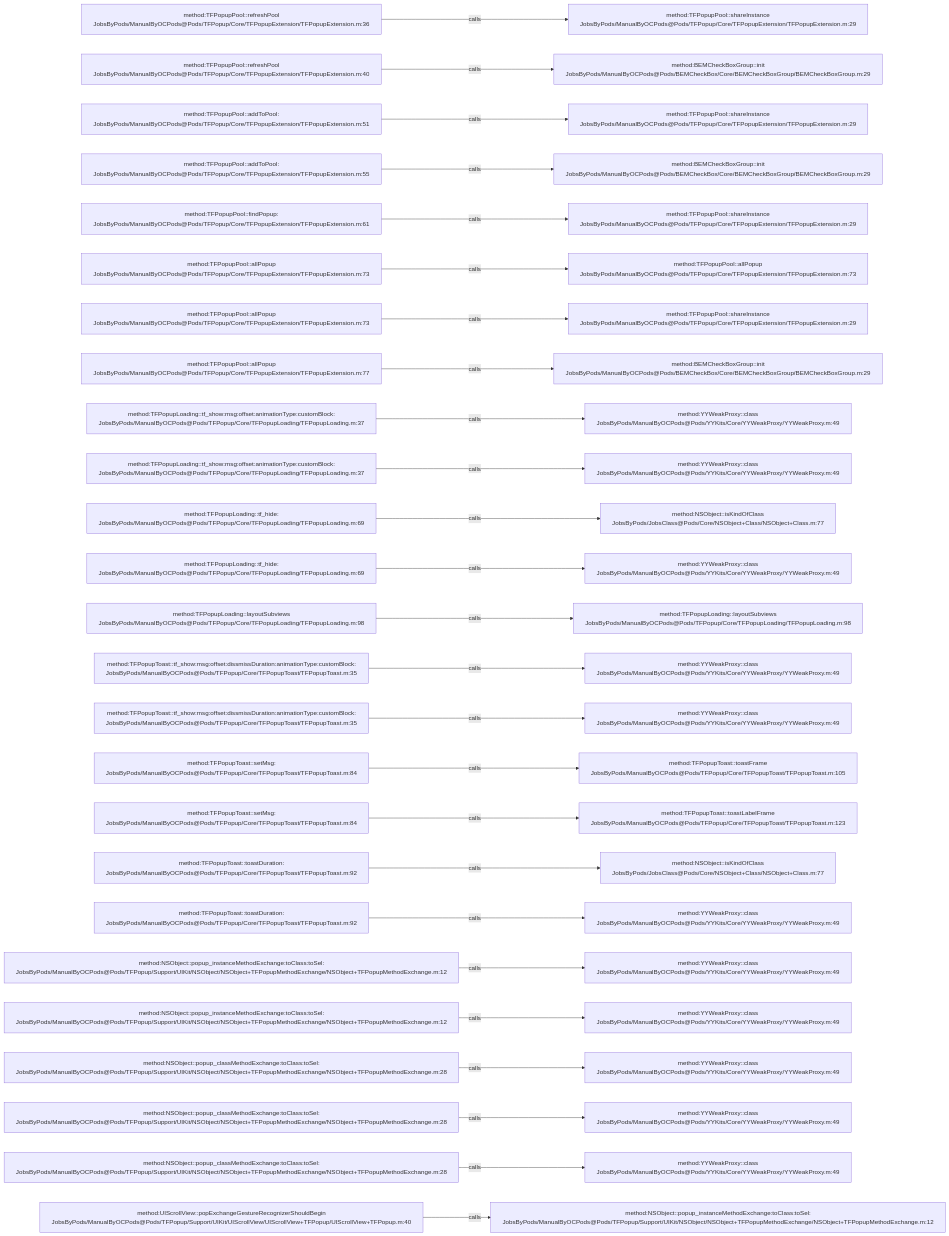
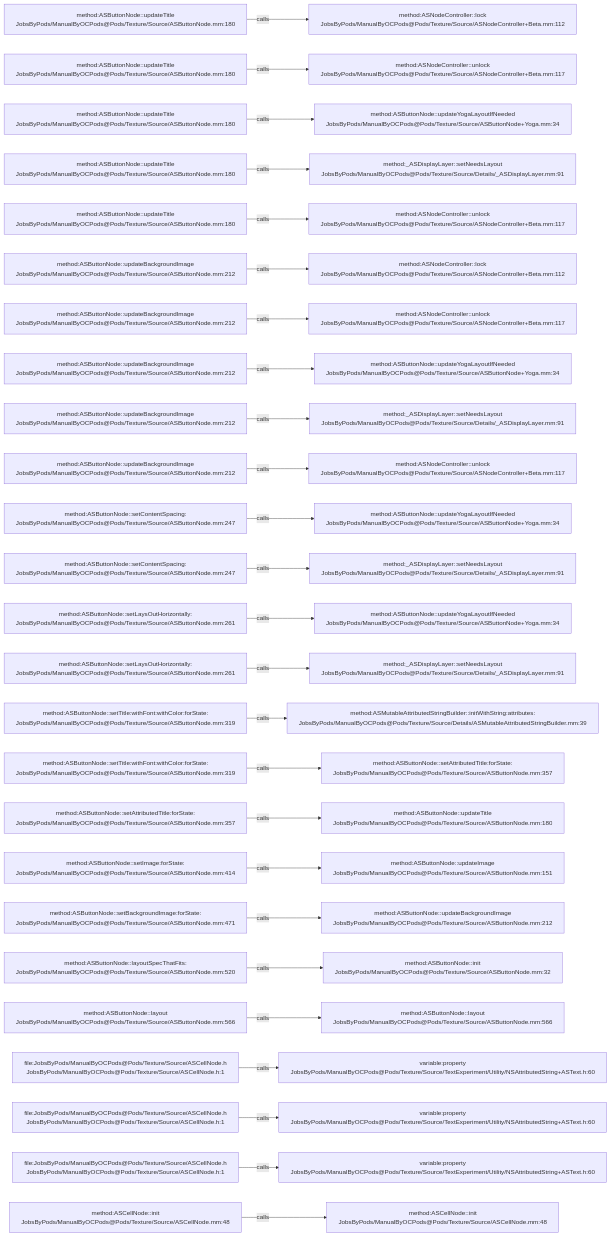
The diagram in .codegraph/codegraph.md/graphs/calls-070.md (JobsKits/JobsOCBaseConfigDemo), drawn with Mermaid before and after one commit. The commit also changed 1353 other files, not shown here.

````diff
--- a/.codegraph/codegraph.md/graphs/calls-070.md
+++ b/.codegraph/codegraph.md/graphs/calls-070.md
@@ -13,78 +13,78 @@
 ```mermaid
 flowchart LR
-  S1["method:TFPopupPool::refreshPool<br/>JobsByPods/ManualByOCPods@Pods/TFPopup/Core/TFPopupExtension/TFPopupExtension.m:36"]
-  T1["method:TFPopupPool::shareInstance<br/>JobsByPods/ManualByOCPods@Pods/TFPopup/Core/TFPopupExtension/TFPopupExtension.m:29"]
+  S1["method:ASButtonNode::updateTitle<br/>JobsByPods/ManualByOCPods@Pods/Texture/Source/ASButtonNode.mm:180"]
+  T1["method:ASNodeController::lock<br/>JobsByPods/ManualByOCPods@Pods/Texture/Source/ASNodeController+Beta.mm:112"]
   S1 -->|calls| T1
-  S2["method:TFPopupPool::refreshPool<br/>JobsByPods/ManualByOCPods@Pods/TFPopup/Core/TFPopupExtension/TFPopupExtension.m:40"]
-  T2["method:BEMCheckBoxGroup::init<br/>JobsByPods/ManualByOCPods@Pods/BEMCheckBox/Core/BEMCheckBoxGroup/BEMCheckBoxGroup.m:29"]
+  S2["method:ASButtonNode::updateTitle<br/>JobsByPods/ManualByOCPods@Pods/Texture/Source/ASButtonNode.mm:180"]
+  T2["method:ASNodeController::unlock<br/>JobsByPods/ManualByOCPods@Pods/Texture/Source/ASNodeController+Beta.mm:117"]
   S2 -->|calls| T2
-  S3["method:TFPopupPool::addToPool:<br/>JobsByPods/ManualByOCPods@Pods/TFPopup/Core/TFPopupExtension/TFPopupExtension.m:51"]
-  T3["method:TFPopupPool::shareInstance<br/>JobsByPods/ManualByOCPods@Pods/TFPopup/Core/TFPopupExtension/TFPopupExtension.m:29"]
+  S3["method:ASButtonNode::updateTitle<br/>JobsByPods/ManualByOCPods@Pods/Texture/Source/ASButtonNode.mm:180"]
+  T3["method:ASButtonNode::updateYogaLayoutIfNeeded<br/>JobsByPods/ManualByOCPods@Pods/Texture/Source/ASButtonNode+Yoga.mm:34"]
   S3 -->|calls| T3
-  S4["method:TFPopupPool::addToPool:<br/>JobsByPods/ManualByOCPods@Pods/TFPopup/Core/TFPopupExtension/TFPopupExtension.m:55"]
-  T4["method:BEMCheckBoxGroup::init<br/>JobsByPods/ManualByOCPods@Pods/BEMCheckBox/Core/BEMCheckBoxGroup/BEMCheckBoxGroup.m:29"]
+  S4["method:ASButtonNode::updateTitle<br/>JobsByPods/ManualByOCPods@Pods/Texture/Source/ASButtonNode.mm:180"]
+  T4["method:_ASDisplayLayer::setNeedsLayout<br/>JobsByPods/ManualByOCPods@Pods/Texture/Source/Details/_ASDisplayLayer.mm:91"]
   S4 -->|calls| T4
-  S5["method:TFPopupPool::findPopup:<br/>JobsByPods/ManualByOCPods@Pods/TFPopup/Core/TFPopupExtension/TFPopupExtension.m:61"]
-  T5["method:TFPopupPool::shareInstance<br/>JobsByPods/ManualByOCPods@Pods/TFPopup/Core/TFPopupExtension/TFPopupExtension.m:29"]
+  S5["method:ASButtonNode::updateTitle<br/>JobsByPods/ManualByOCPods@Pods/Texture/Source/ASButtonNode.mm:180"]
+  T5["method:ASNodeController::unlock<br/>JobsByPods/ManualByOCPods@Pods/Texture/Source/ASNodeController+Beta.mm:117"]
   S5 -->|calls| T5
-  S6["method:TFPopupPool::allPopup<br/>JobsByPods/ManualByOCPods@Pods/TFPopup/Core/TFPopupExtension/TFPopupExtension.m:73"]
-  T6["method:TFPopupPool::allPopup<br/>JobsByPods/ManualByOCPods@Pods/TFPopup/Core/TFPopupExtension/TFPopupExtension.m:73"]
+  S6["method:ASButtonNode::updateBackgroundImage<br/>JobsByPods/ManualByOCPods@Pods/Texture/Source/ASButtonNode.mm:212"]
+  T6["method:ASNodeController::lock<br/>JobsByPods/ManualByOCPods@Pods/Texture/Source/ASNodeController+Beta.mm:112"]
   S6 -->|calls| T6
-  S7["method:TFPopupPool::allPopup<br/>JobsByPods/ManualByOCPods@Pods/TFPopup/Core/TFPopupExtension/TFPopupExtension.m:73"]
-  T7["method:TFPopupPool::shareInstance<br/>JobsByPods/ManualByOCPods@Pods/TFPopup/Core/TFPopupExtension/TFPopupExtension.m:29"]
+  S7["method:ASButtonNode::updateBackgroundImage<br/>JobsByPods/ManualByOCPods@Pods/Texture/Source/ASButtonNode.mm:212"]
+  T7["method:ASNodeController::unlock<br/>JobsByPods/ManualByOCPods@Pods/Texture/Source/ASNodeController+Beta.mm:117"]
   S7 -->|calls| T7
-  S8["method:TFPopupPool::allPopup<br/>JobsByPods/ManualByOCPods@Pods/TFPopup/Core/TFPopupExtension/TFPopupExtension.m:77"]
-  T8["method:BEMCheckBoxGroup::init<br/>JobsByPods/ManualByOCPods@Pods/BEMCheckBox/Core/BEMCheckBoxGroup/BEMCheckBoxGroup.m:29"]
+  S8["method:ASButtonNode::updateBackgroundImage<br/>JobsByPods/ManualByOCPods@Pods/Texture/Source/ASButtonNode.mm:212"]
+  T8["method:ASButtonNode::updateYogaLayoutIfNeeded<br/>JobsByPods/ManualByOCPods@Pods/Texture/Source/ASButtonNode+Yoga.mm:34"]
   S8 -->|calls| T8
-  S9["method:TFPopupLoading::tf_show:msg:offset:animationType:customBlock:<br/>JobsByPods/ManualByOCPods@Pods/TFPopup/Core/TFPopupLoading/TFPopupLoading.m:37"]
-  T9["method:YYWeakProxy::class<br/>JobsByPods/ManualByOCPods@Pods/YYKits/Core/YYWeakProxy/YYWeakProxy.m:49"]
+  S9["method:ASButtonNode::updateBackgroundImage<br/>JobsByPods/ManualByOCPods@Pods/Texture/Source/ASButtonNode.mm:212"]
+  T9["method:_ASDisplayLayer::setNeedsLayout<br/>JobsByPods/ManualByOCPods@Pods/Texture/Source/Details/_ASDisplayLayer.mm:91"]
   S9 -->|calls| T9
-  S10["method:TFPopupLoading::tf_show:msg:offset:animationType:customBlock:<br/>JobsByPods/ManualByOCPods@Pods/TFPopup/Core/TFPopupLoading/TFPopupLoading.m:37"]
-  T10["method:YYWeakProxy::class<br/>JobsByPods/ManualByOCPods@Pods/YYKits/Core/YYWeakProxy/YYWeakProxy.m:49"]
+  S10["method:ASButtonNode::updateBackgroundImage<br/>JobsByPods/ManualByOCPods@Pods/Texture/Source/ASButtonNode.mm:212"]
+  T10["method:ASNodeController::unlock<br/>JobsByPods/ManualByOCPods@Pods/Texture/Source/ASNodeController+Beta.mm:117"]
   S10 -->|calls| T10
-  S11["method:TFPopupLoading::tf_hide:<br/>JobsByPods/ManualByOCPods@Pods/TFPopup/Core/TFPopupLoading/TFPopupLoading.m:69"]
-  T11["method:NSObject::isKindOfClass<br/>JobsByPods/JobsClass@Pods/Core/NSObject+Class/NSObject+Class.m:77"]
+  S11["method:ASButtonNode::setContentSpacing:<br/>JobsByPods/ManualByOCPods@Pods/Texture/Source/ASButtonNode.mm:247"]
+  T11["method:ASButtonNode::updateYogaLayoutIfNeeded<br/>JobsByPods/ManualByOCPods@Pods/Texture/Source/ASButtonNode+Yoga.mm:34"]
   S11 -->|calls| T11
-  S12["method:TFPopupLoading::tf_hide:<br/>JobsByPods/ManualByOCPods@Pods/TFPopup/Core/TFPopupLoading/TFPopupLoading.m:69"]
-  T12["method:YYWeakProxy::class<br/>JobsByPods/ManualByOCPods@Pods/YYKits/Core/YYWeakProxy/YYWeakProxy.m:49"]
+  S12["method:ASButtonNode::setContentSpacing:<br/>JobsByPods/ManualByOCPods@Pods/Texture/Source/ASButtonNode.mm:247"]
+  T12["method:_ASDisplayLayer::setNeedsLayout<br/>JobsByPods/ManualByOCPods@Pods/Texture/Source/Details/_ASDisplayLayer.mm:91"]
   S12 -->|calls| T12
-  S13["method:TFPopupLoading::layoutSubviews<br/>JobsByPods/ManualByOCPods@Pods/TFPopup/Core/TFPopupLoading/TFPopupLoading.m:98"]
-  T13["method:TFPopupLoading::layoutSubviews<br/>JobsByPods/ManualByOCPods@Pods/TFPopup/Core/TFPopupLoading/TFPopupLoading.m:98"]
+  S13["method:ASButtonNode::setLaysOutHorizontally:<br/>JobsByPods/ManualByOCPods@Pods/Texture/Source/ASButtonNode.mm:261"]
+  T13["method:ASButtonNode::updateYogaLayoutIfNeeded<br/>JobsByPods/ManualByOCPods@Pods/Texture/Source/ASButtonNode+Yoga.mm:34"]
   S13 -->|calls| T13
-  S14["method:TFPopupToast::tf_show:msg:offset:dissmissDuration:animationType:customBlock:<br/>JobsByPods/ManualByOCPods@Pods/TFPopup/Core/TFPopupToast/TFPopupToast.m:35"]
-  T14["method:YYWeakProxy::class<br/>JobsByPods/ManualByOCPods@Pods/YYKits/Core/YYWeakProxy/YYWeakProxy.m:49"]
+  S14["method:ASButtonNode::setLaysOutHorizontally:<br/>JobsByPods/ManualByOCPods@Pods/Texture/Source/ASButtonNode.mm:261"]
+  T14["method:_ASDisplayLayer::setNeedsLayout<br/>JobsByPods/ManualByOCPods@Pods/Texture/Source/Details/_ASDisplayLayer.mm:91"]
   S14 -->|calls| T14
-  S15["method:TFPopupToast::tf_show:msg:offset:dissmissDuration:animationType:customBlock:<br/>JobsByPods/ManualByOCPods@Pods/TFPopup/Core/TFPopupToast/TFPopupToast.m:35"]
-  T15["method:YYWeakProxy::class<br/>JobsByPods/ManualByOCPods@Pods/YYKits/Core/YYWeakProxy/YYWeakProxy.m:49"]
+  S15["method:ASButtonNode::setTitle:withFont:withColor:forState:<br/>JobsByPods/ManualByOCPods@Pods/Texture/Source/ASButtonNode.mm:319"]
+  T15["method:ASMutableAttributedStringBuilder::initWithString:attributes:<br/>JobsByPods/ManualByOCPods@Pods/Texture/Source/Details/ASMutableAttributedStringBuilder.mm:39"]
   S15 -->|calls| T15
-  S16["method:TFPopupToast::setMsg:<br/>JobsByPods/ManualByOCPods@Pods/TFPopup/Core/TFPopupToast/TFPopupToast.m:84"]
-  T16["method:TFPopupToast::toastFrame<br/>JobsByPods/ManualByOCPods@Pods/TFPopup/Core/TFPopupToast/TFPopupToast.m:105"]
+  S16["method:ASButtonNode::setTitle:withFont:withColor:forState:<br/>JobsByPods/ManualByOCPods@Pods/Texture/Source/ASButtonNode.mm:319"]
+  T16["method:ASButtonNode::setAttributedTitle:forState:<br/>JobsByPods/ManualByOCPods@Pods/Texture/Source/ASButtonNode.mm:357"]
   S16 -->|calls| T16
-  S17["method:TFPopupToast::setMsg:<br/>JobsByPods/ManualByOCPods@Pods/TFPopup/Core/TFPopupToast/TFPopupToast.m:84"]
-  T17["method:TFPopupToast::toastLabelFrame<br/>JobsByPods/ManualByOCPods@Pods/TFPopup/Core/TFPopupToast/TFPopupToast.m:123"]
+  S17["method:ASButtonNode::setAttributedTitle:forState:<br/>JobsByPods/ManualByOCPods@Pods/Texture/Source/ASButtonNode.mm:357"]
+  T17["method:ASButtonNode::updateTitle<br/>JobsByPods/ManualByOCPods@Pods/Texture/Source/ASButtonNode.mm:180"]
   S17 -->|calls| T17
-  S18["method:TFPopupToast::toastDuration:<br/>JobsByPods/ManualByOCPods@Pods/TFPopup/Core/TFPopupToast/TFPopupToast.m:92"]
-  T18["method:NSObject::isKindOfClass<br/>JobsByPods/JobsClass@Pods/Core/NSObject+Class/NSObject+Class.m:77"]
+  S18["method:ASButtonNode::setImage:forState:<br/>JobsByPods/ManualByOCPods@Pods/Texture/Source/ASButtonNode.mm:414"]
+  T18["method:ASButtonNode::updateImage<br/>JobsByPods/ManualByOCPods@Pods/Texture/Source/ASButtonNode.mm:151"]
   S18 -->|calls| T18
-  S19["method:TFPopupToast::toastDuration:<br/>JobsByPods/ManualByOCPods@Pods/TFPopup/Core/TFPopupToast/TFPopupToast.m:92"]
-  T19["method:YYWeakProxy::class<br/>JobsByPods/ManualByOCPods@Pods/YYKits/Core/YYWeakProxy/YYWeakProxy.m:49"]
+  S19["method:ASButtonNode::setBackgroundImage:forState:<br/>JobsByPods/ManualByOCPods@Pods/Texture/Source/ASButtonNode.mm:471"]
+  T19["method:ASButtonNode::updateBackgroundImage<br/>JobsByPods/ManualByOCPods@Pods/Texture/Source/ASButtonNode.mm:212"]
   S19 -->|calls| T19
-  S20["method:NSObject::popup_instanceMethodExchange:toClass:toSel:<br/>JobsByPods/ManualByOCPods@Pods/TFPopup/Support/UIKit/NSObject/NSObject+TFPopupMethodExchange/NSObject+TFPopupMethodExchange.m:12"]
-  T20["method:YYWeakProxy::class<br/>JobsByPods/ManualByOCPods@Pods/YYKits/Core/YYWeakProxy/YYWeakProxy.m:49"]
+  S20["method:ASButtonNode::layoutSpecThatFits:<br/>JobsByPods/ManualByOCPods@Pods/Texture/Source/ASButtonNode.mm:520"]
+  T20["method:ASButtonNode::init<br/>JobsByPods/ManualByOCPods@Pods/Texture/Source/ASButtonNode.mm:32"]
   S20 -->|calls| T20
-  S21["method:NSObject::popup_instanceMethodExchange:toClass:toSel:<br/>JobsByPods/ManualByOCPods@Pods/TFPopup/Support/UIKit/NSObject/NSObject+TFPopupMethodExchange/NSObject+TFPopupMethodExchange.m:12"]
-  T21["method:YYWeakProxy::class<br/>JobsByPods/ManualByOCPods@Pods/YYKits/Core/YYWeakProxy/YYWeakProxy.m:49"]
+  S21["method:ASButtonNode::layout<br/>JobsByPods/ManualByOCPods@Pods/Texture/Source/ASButtonNode.mm:566"]
+  T21["method:ASButtonNode::layout<br/>JobsByPods/ManualByOCPods@Pods/Texture/Source/ASButtonNode.mm:566"]
   S21 -->|calls| T21
-  S22["method:NSObject::popup_classMethodExchange:toClass:toSel:<br/>JobsByPods/ManualByOCPods@Pods/TFPopup/Support/UIKit/NSObject/NSObject+TFPopupMethodExchange/NSObject+TFPopupMethodExchange.m:28"]
-  T22["method:YYWeakProxy::class<br/>JobsByPods/ManualByOCPods@Pods/YYKits/Core/YYWeakProxy/YYWeakProxy.m:49"]
+  S22["file:JobsByPods/ManualByOCPods@Pods/Texture/Source/ASCellNode.h<br/>JobsByPods/ManualByOCPods@Pods/Texture/Source/ASCellNode.h:1"]
+  T22["variable:property<br/>JobsByPods/ManualByOCPods@Pods/Texture/Source/TextExperiment/Utility/NSAttributedString+ASText.h:60"]
   S22 -->|calls| T22
-  S23["method:NSObject::popup_classMethodExchange:toClass:toSel:<br/>JobsByPods/ManualByOCPods@Pods/TFPopup/Support/UIKit/NSObject/NSObject+TFPopupMethodExchange/NSObject+TFPopupMethodExchange.m:28"]
-  T23["method:YYWeakProxy::class<br/>JobsByPods/ManualByOCPods@Pods/YYKits/Core/YYWeakProxy/YYWeakProxy.m:49"]
+  S23["file:JobsByPods/ManualByOCPods@Pods/Texture/Source/ASCellNode.h<br/>JobsByPods/ManualByOCPods@Pods/Texture/Source/ASCellNode.h:1"]
+  T23["variable:property<br/>JobsByPods/ManualByOCPods@Pods/Texture/Source/TextExperiment/Utility/NSAttributedString+ASText.h:60"]
   S23 -->|calls| T23
-  S24["method:NSObject::popup_classMethodExchange:toClass:toSel:<br/>JobsByPods/ManualByOCPods@Pods/TFPopup/Support/UIKit/NSObject/NSObject+TFPopupMethodExchange/NSObject+TFPopupMethodExchange.m:28"]
-  T24["method:YYWeakProxy::class<br/>JobsByPods/ManualByOCPods@Pods/YYKits/Core/YYWeakProxy/YYWeakProxy.m:49"]
+  S24["file:JobsByPods/ManualByOCPods@Pods/Texture/Source/ASCellNode.h<br/>JobsByPods/ManualByOCPods@Pods/Texture/Source/ASCellNode.h:1"]
+  T24["variable:property<br/>JobsByPods/ManualByOCPods@Pods/Texture/Source/TextExperiment/Utility/NSAttributedString+ASText.h:60"]
   S24 -->|calls| T24
-  S25["method:UIScrollView::popExchangeGestureRecognizerShouldBegin<br/>JobsByPods/ManualByOCPods@Pods/TFPopup/Support/UIKit/UIScrollView/UIScrollView+TFPopup/UIScrollView+TFPopup.m:40"]
-  T25["method:NSObject::popup_instanceMethodExchange:toClass:toSel:<br/>JobsByPods/ManualByOCPods@Pods/TFPopup/Support/UIKit/NSObject/NSObject+TFPopupMethodExchange/NSObject+TFPopupMethodExchange.m:12"]
+  S25["method:ASCellNode::init<br/>JobsByPods/ManualByOCPods@Pods/Texture/Source/ASCellNode.mm:48"]
+  T25["method:ASCellNode::init<br/>JobsByPods/ManualByOCPods@Pods/Texture/Source/ASCellNode.mm:48"]
   S25 -->|calls| T25
 ```
````
